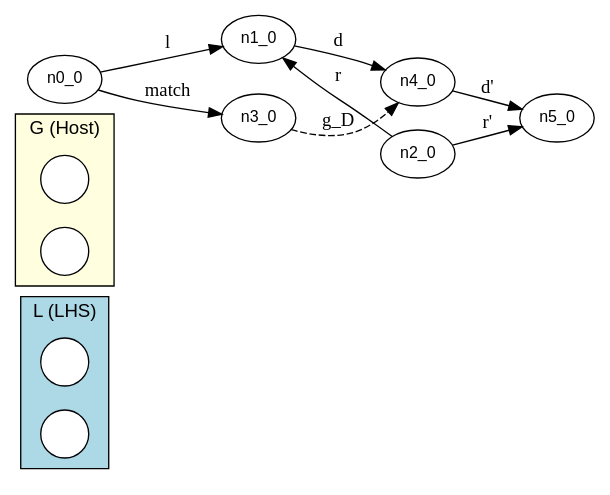
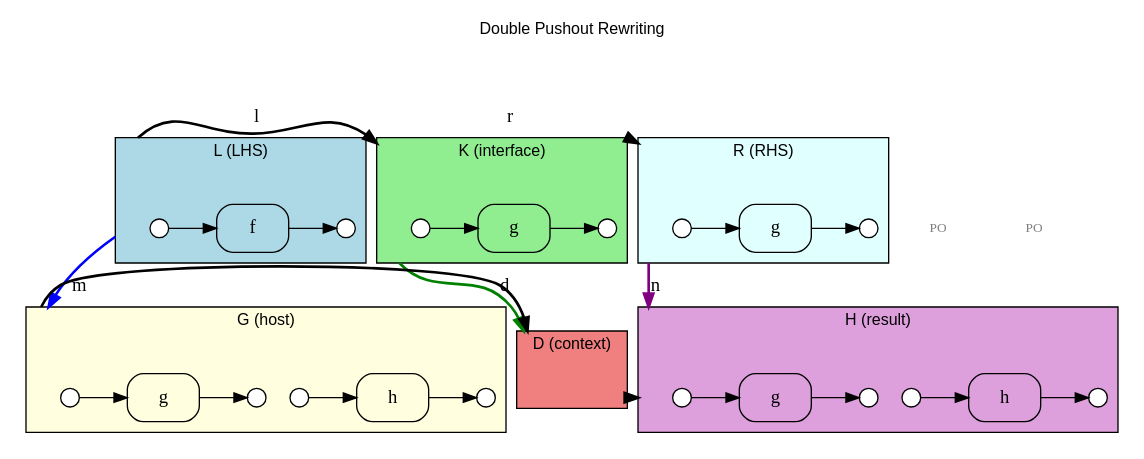
One commit to ammatsui/bhypvis changed the diagram in example_dpo_dpo.dot. Above: the diagram before and after it, drawn with Graphviz. The commit also changed 654 other files, not shown here.

```diff
--- a/example_dpo_dpo.dot
+++ b/example_dpo_dpo.dot
@@ -1,77 +1,122 @@
 digraph DPO {
   fontname="Helvetica"
-  rankdir=LR;
+  fontsize=12
   compound=true;
-  node [fontname="Helvetica", fontsize=12];
+  newrank=true;
+  label="Double Pushout Rewriting";
+  labelloc=t;
 
+  // Rule: L ← K → R
+  subgraph rule_row {
+    rank=same;
   subgraph cluster_L {
     label="L (LHS)";
     style=filled;
-    fillcolor=lightblue;
-    node [shape=circle, style=filled, fillcolor=white];
-    n0 [label=""];
-    n1 [label=""];
+    fillcolor="lightblue";
+    fontname="Helvetica";
+    fontsize=12;
+
+    l_n0 [label="", shape=circle, style=filled, fillcolor=white, color="black", width=0.2, height=0.2, fixedsize=true];
+    l_n1 [label="", shape=circle, style=filled, fillcolor=white, color="black", width=0.2, height=0.2, fixedsize=true];
+    l_e0 [label="f", shape=box, style=rounded, color="black"];
+    l_n0 -> l_e0 [label=""];
+    l_e0 -> l_n1 [label=""];
+    l_anchor [shape=point, width=0, height=0, style=invis];
   }
+  subgraph cluster_K {
+    label="K (interface)";
+    style=filled;
+    fillcolor="lightgreen";
+    fontname="Helvetica";
+    fontsize=12;
 
-  subgraph cluster_K {
-    label="K (Interface)";
-    style=filled;
-    fillcolor=lightgreen;
-    node [shape=circle, style=filled, fillcolor=white];
-    n0 [label=""];
-    n1 [label=""];
+    k_n0 [label="", shape=circle, style=filled, fillcolor=white, color="black", width=0.2, height=0.2, fixedsize=true];
+    k_n1 [label="", shape=circle, style=filled, fillcolor=white, color="black", width=0.2, height=0.2, fixedsize=true];
+    k_e0 [label="g", shape=box, style=rounded, color="black"];
+    k_n0 -> k_e0 [label=""];
+    k_e0 -> k_n1 [label=""];
+    k_anchor [shape=point, width=0, height=0, style=invis];
   }
-
   subgraph cluster_R {
     label="R (RHS)";
     style=filled;
-    fillcolor=lightcyan;
-    node [shape=circle, style=filled, fillcolor=white];
-    n0 [label=""];
-    n1 [label=""];
+    fillcolor="lightcyan";
+    fontname="Helvetica";
+    fontsize=12;
+
+    r_n0 [label="", shape=circle, style=filled, fillcolor=white, color="black", width=0.2, height=0.2, fixedsize=true];
+    r_n1 [label="", shape=circle, style=filled, fillcolor=white, color="black", width=0.2, height=0.2, fixedsize=true];
+    r_e0 [label="g", shape=box, style=rounded, color="black"];
+    r_n0 -> r_e0 [label=""];
+    r_e0 -> r_n1 [label=""];
+    r_anchor [shape=point, width=0, height=0, style=invis];
+  }
   }
 
+  // Rewriting: G, D, H
+  subgraph rewrite_row {
+    rank=same;
   subgraph cluster_G {
-    label="G (Host)";
+    label="G (host)";
     style=filled;
-    fillcolor=lightyellow;
-    node [shape=circle, style=filled, fillcolor=white];
-    n2 [label=""];
-    n0 [label=""];
-    n1 [label=""];
-    n3 [label=""];
+    fillcolor="lightyellow";
+    fontname="Helvetica";
+    fontsize=12;
+
+    g_n1 [label="", shape=circle, style=filled, fillcolor=white, color="black", width=0.2, height=0.2, fixedsize=true];
+    g_n2 [label="", shape=circle, style=filled, fillcolor=white, color="black", width=0.2, height=0.2, fixedsize=true];
+    g_n0 [label="", shape=circle, style=filled, fillcolor=white, color="black", width=0.2, height=0.2, fixedsize=true];
+    g_n3 [label="", shape=circle, style=filled, fillcolor=white, color="black", width=0.2, height=0.2, fixedsize=true];
+    g_e1 [label="g", shape=box, style=rounded, color="black"];
+    g_e0 [label="h", shape=box, style=rounded, color="black"];
+    g_n0 -> g_e1 [label=""];
+    g_e1 -> g_n3 [label=""];
+    g_n2 -> g_e0 [label=""];
+    g_e0 -> g_n1 [label=""];
+    g_anchor [shape=point, width=0, height=0, style=invis];
+  }
+  subgraph cluster_D {
+    label="D (context)";
+    style=filled;
+    fillcolor="lightcoral";
+    fontname="Helvetica";
+    fontsize=12;
+
+    d_anchor [shape=point, width=0, height=0, style=invis];
+  }
+  subgraph cluster_H {
+    label="H (result)";
+    style=filled;
+    fillcolor="plum";
+    fontname="Helvetica";
+    fontsize=12;
+
+    h_n1 [label="", shape=circle, style=filled, fillcolor=white, color="black", width=0.2, height=0.2, fixedsize=true];
+    h_n2 [label="", shape=circle, style=filled, fillcolor=white, color="black", width=0.2, height=0.2, fixedsize=true];
+    h_n0 [label="", shape=circle, style=filled, fillcolor=white, color="black", width=0.2, height=0.2, fixedsize=true];
+    h_n3 [label="", shape=circle, style=filled, fillcolor=white, color="black", width=0.2, height=0.2, fixedsize=true];
+    h_e1 [label="g", shape=box, style=rounded, color="black"];
+    h_e0 [label="h", shape=box, style=rounded, color="black"];
+    h_n0 -> h_e1 [label=""];
+    h_e1 -> h_n3 [label=""];
+    h_n2 -> h_e0 [label=""];
+    h_e0 -> h_n1 [label=""];
+    h_anchor [shape=point, width=0, height=0, style=invis];
+  }
   }
 
-  subgraph cluster_D {
-    label="D (Complement)";
-    style=filled;
-    fillcolor=lightcoral;
-    node [shape=circle, style=filled, fillcolor=white];
-  }
+  // Rule morphisms
+  k_anchor -> l_anchor [ltail=cluster_K, lhead=cluster_L, label="l", style=bold, penwidth=2, dir=back];
+  k_anchor -> r_anchor [ltail=cluster_K, lhead=cluster_R, label="r", style=bold, penwidth=2];
+  // Vertical morphisms (pushout squares)
+  l_anchor -> g_anchor [ltail=cluster_L, lhead=cluster_G, label="m", style=bold, penwidth=2, color=blue];
+  k_anchor -> d_anchor [ltail=cluster_K, lhead=cluster_D, label="d", style=bold, penwidth=2, color=green];
+  r_anchor -> h_anchor [ltail=cluster_R, lhead=cluster_H, label="n", style=bold, penwidth=2, color=purple];
+  // Bottom row morphisms
+  d_anchor -> g_anchor [ltail=cluster_D, lhead=cluster_G, label="", style=bold, penwidth=2, dir=back];
+  d_anchor -> h_anchor [ltail=cluster_D, lhead=cluster_H, label="", style=bold, penwidth=2];
 
-  subgraph cluster_H {
-    label="H (Result)";
-    style=filled;
-    fillcolor=plum;
-    node [shape=circle, style=filled, fillcolor=white];
-    n2 [label=""];
-    n0 [label=""];
-    n1 [label=""];
-    n3 [label=""];
-  }
-
-  // Left interface embedding (l: K → L)
-  n0_0 -> n1_0 [label="l"];
-  // Right interface embedding (r: K → R)
-  n2_0 -> n1_0 [label="r", constraint=false];
-  // Match morphism (match: L → G)
-  n0_0 -> n3_0 [label="match"];
-  // Pushout complement (d: K → D)
-  n1_0 -> n4_0 [label="d"];
-  // Pushout: complement to result (K → D → H)
-  n4_0 -> n5_0 [label="d'"];
-  // Right morphism to result (r': R → H)
-  n2_0 -> n5_0 [label="r'"];
-  // Intermediate (G → D)
-  n3_0 -> n4_0 [label="g_D", style=dashed];
+  // Pushout symbols
+  po1 [label="PO", shape=none, fontsize=10, fontcolor=gray];
+  po2 [label="PO", shape=none, fontsize=10, fontcolor=gray];
 }
```
